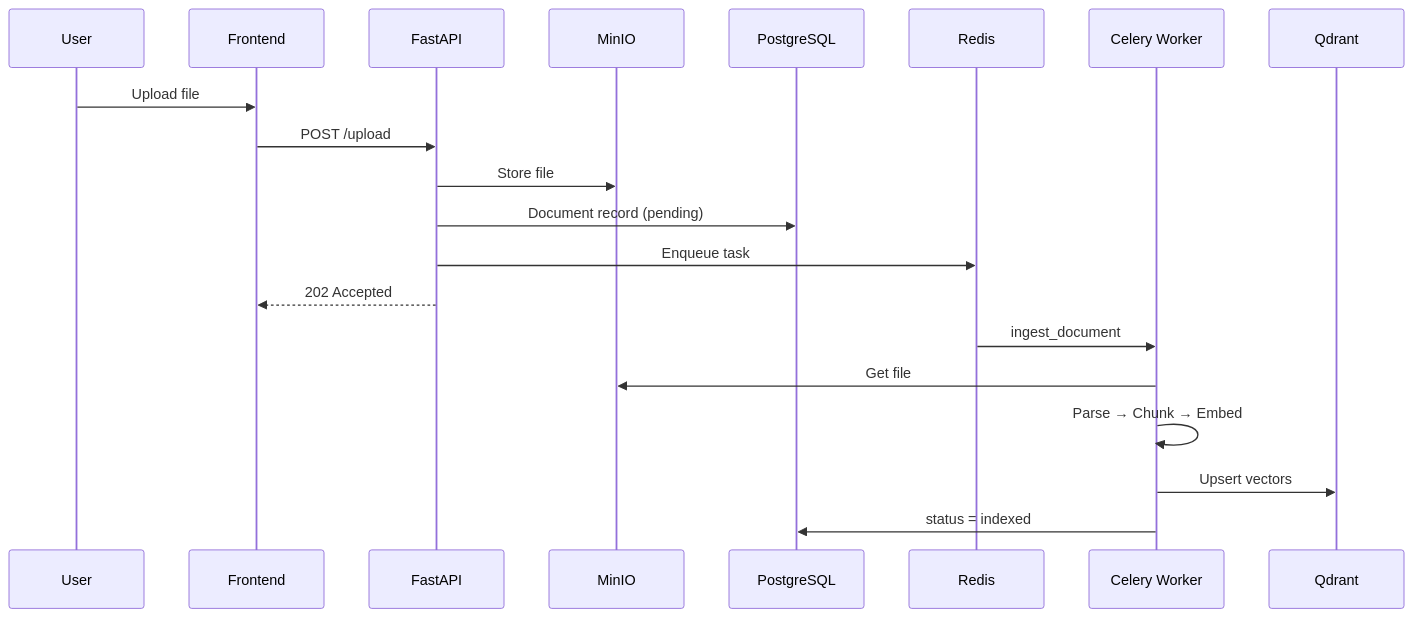
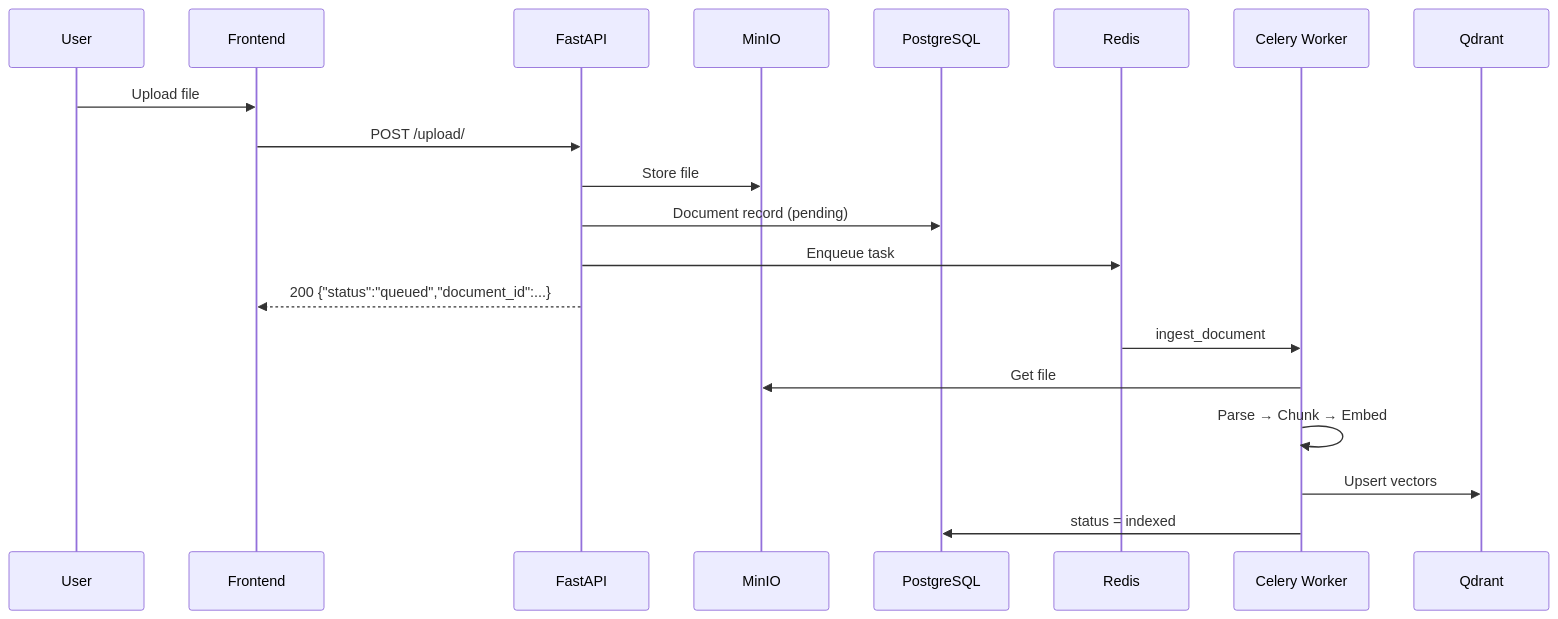
Before and after one commit to aniketgiri96/Ragnetic: the second of 3 diagrams in docs/architecture/diagram.md, drawn with Mermaid. The commit also changed other lines of this file and 38 other files, not shown here.

````diff
--- a/docs/architecture/diagram.md
+++ b/docs/architecture/diagram.md
@@ -75,24 +75,24 @@
 ```mermaid
 sequenceDiagram
   participant U as User
   participant FE as Frontend
   participant API as FastAPI
   participant Store as MinIO
   participant DB as PostgreSQL
   participant Redis as Redis
   participant Worker as Celery Worker
   participant Qdrant as Qdrant
 
   U->>FE: Upload file
-  FE->>API: POST /upload
+  FE->>API: POST /upload/
   API->>Store: Store file
   API->>DB: Document record (pending)
   API->>Redis: Enqueue task
-  API-->>FE: 202 Accepted
+  API-->>FE: 200 {"status":"queued","document_id":...}
 
   Redis->>Worker: ingest_document
   Worker->>Store: Get file
   Worker->>Worker: Parse → Chunk → Embed
   Worker->>Qdrant: Upsert vectors
   Worker->>DB: status = indexed
 ```
````
